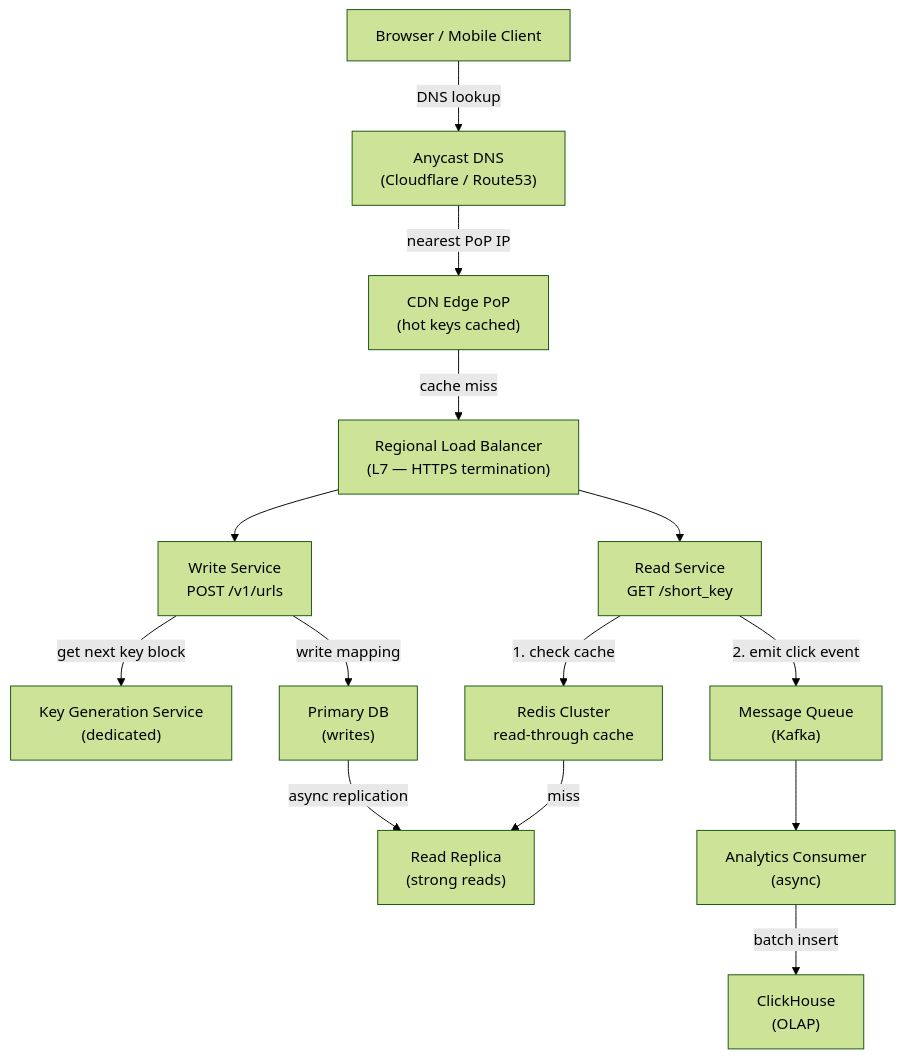
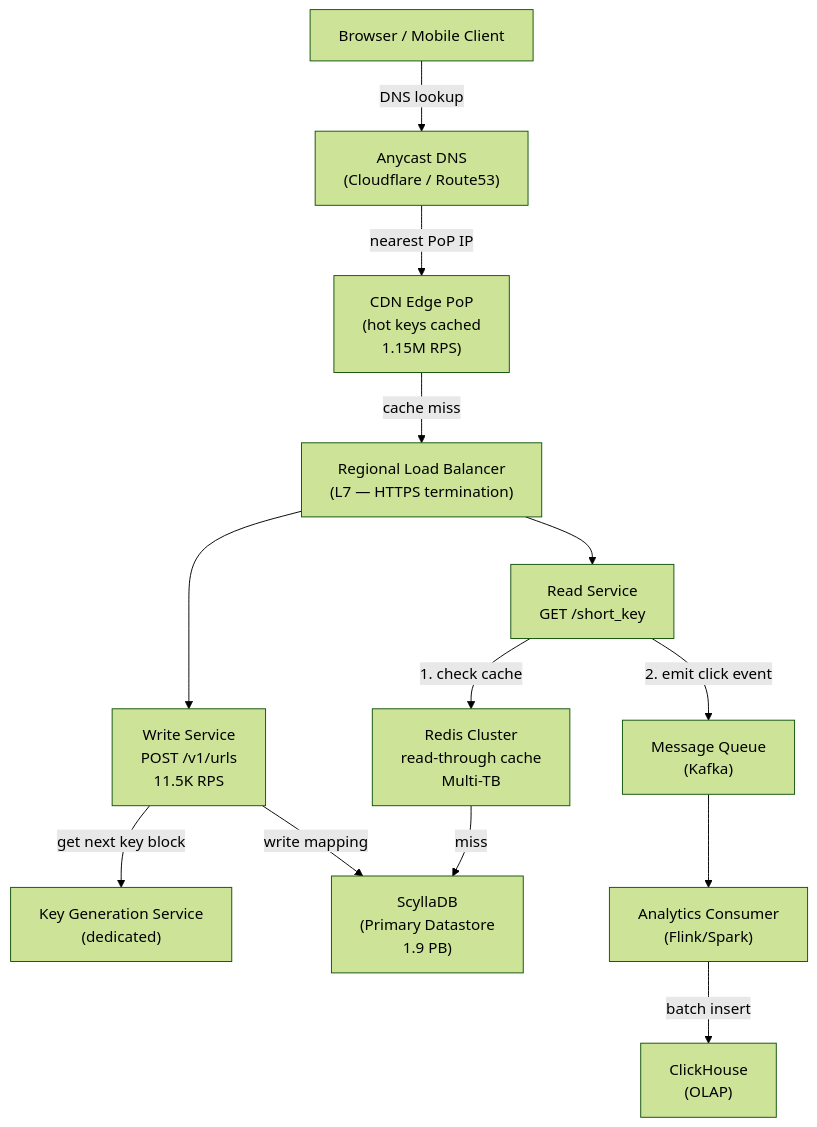
Before and after one commit to hemantkgupta/url-shortener: the second of 23 diagrams in url-shortener-system-design-1.md, drawn with Mermaid (forest theme). The commit also changed other lines of this file and 156 other files, not shown here.

````diff
--- a/url-shortener-system-design-1.md
+++ b/url-shortener-system-design-1.md
@@ -208,30 +185,28 @@
 ```mermaid
 graph TD
     User["Browser / Mobile Client"]
     DNS["Anycast DNS<br/>(Cloudflare / Route53)"]
-    CDN["CDN Edge PoP<br/>(hot keys cached)"]
+    CDN["CDN Edge PoP<br/>(hot keys cached<br/>1.15M RPS)"]
     LB["Regional Load Balancer<br/>(L7 — HTTPS termination)"]
-    WS["Write Service<br/>POST /v1/urls"]
+    WS["Write Service<br/>POST /v1/urls<br/>11.5K RPS"]
     RS["Read Service<br/>GET /short_key"]
     KGS["Key Generation Service<br/>(dedicated)"]
-    Cache["Redis Cluster<br/>read-through cache"]
-    DB_W["Primary DB<br/>(writes)"]
-    DB_R["Read Replica<br/>(strong reads)"]
+    Cache["Redis Cluster<br/>read-through cache<br/>Multi-TB"]
+    DB["ScyllaDB<br/>(Primary Datastore<br/>1.9 PB)"]
     MQ["Message Queue<br/>(Kafka)"]
-    Analytics["Analytics Consumer<br/>(async)"]
+    Analytics["Analytics Consumer<br/>(Flink/Spark)"]
     AnalyticsDB["ClickHouse<br/>(OLAP)"]
 
     User -->|DNS lookup| DNS
     DNS -->|nearest PoP IP| CDN
     CDN -->|cache miss| LB
     LB --> WS
     LB --> RS
     WS -->|get next key block| KGS
-    WS -->|write mapping| DB_W
+    WS -->|write mapping| DB
     RS -->|1. check cache| Cache
-    Cache -->|miss| DB_R
-    DB_W -->|async replication| DB_R
+    Cache -->|miss| DB
     RS -->|2. emit click event| MQ
     MQ --> Analytics
     Analytics -->|batch insert| AnalyticsDB
 ```
````
